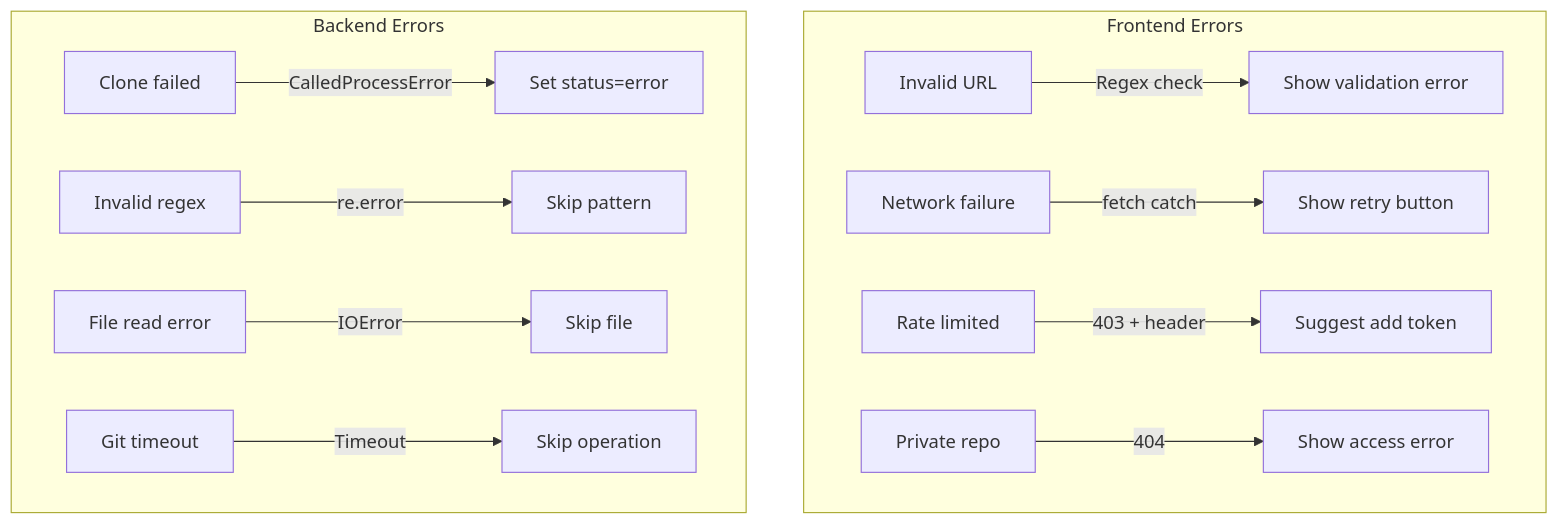
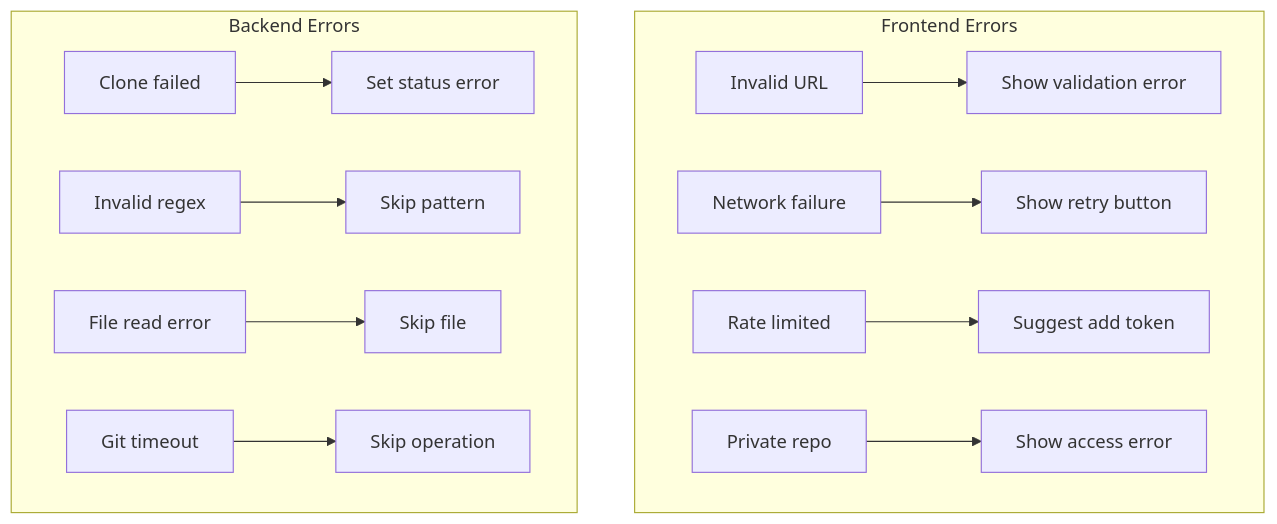
One commit to alamshoaib134/git-secret-scanner changed diagram 11 of 18 in architecture/LLD.md. Above: the diagram before and after it, drawn with Mermaid. The commit also changed other lines of this file and 1 other file, not shown here.

First line of the commit message:
Fix Mermaid syntax errors in architecture diagrams

````diff
--- a/architecture/LLD.md
+++ b/architecture/LLD.md
@@ -347,16 +332,16 @@
 ```mermaid
 flowchart TD
     subgraph Frontend["Frontend Errors"]
-        FE1[Invalid URL] -->|Regex check| FEH1[Show validation error]
-        FE2[Network failure] -->|fetch catch| FEH2[Show retry button]
-        FE3[Rate limited] -->|403 + header| FEH3[Suggest add token]
-        FE4[Private repo] -->|404| FEH4[Show access error]
+        FE1["Invalid URL"] --> FEH1["Show validation error"]
+        FE2["Network failure"] --> FEH2["Show retry button"]
+        FE3["Rate limited"] --> FEH3["Suggest add token"]
+        FE4["Private repo"] --> FEH4["Show access error"]
     end
 
     subgraph Backend["Backend Errors"]
-        BE1[Clone failed] -->|CalledProcessError| BEH1[Set status=error]
-        BE2[Invalid regex] -->|re.error| BEH2[Skip pattern]
-        BE3[File read error] -->|IOError| BEH3[Skip file]
-        BE4[Git timeout] -->|Timeout| BEH4[Skip operation]
+        BE1["Clone failed"] --> BEH1["Set status error"]
+        BE2["Invalid regex"] --> BEH2["Skip pattern"]
+        BE3["File read error"] --> BEH3["Skip file"]
+        BE4["Git timeout"] --> BEH4["Skip operation"]
     end
 ```
````
